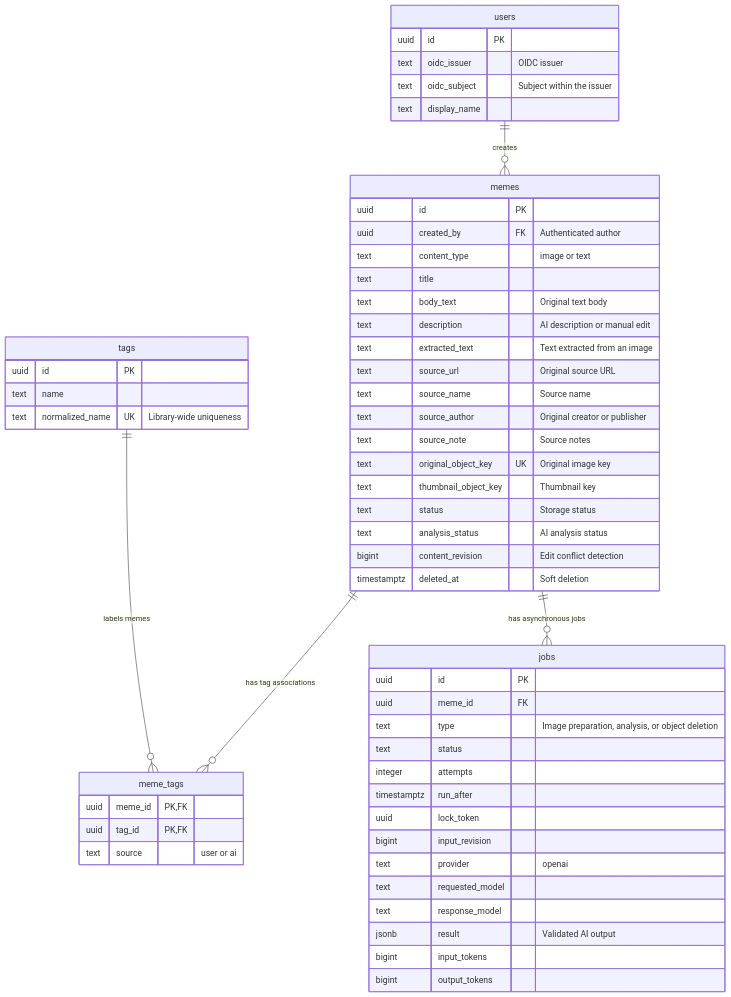
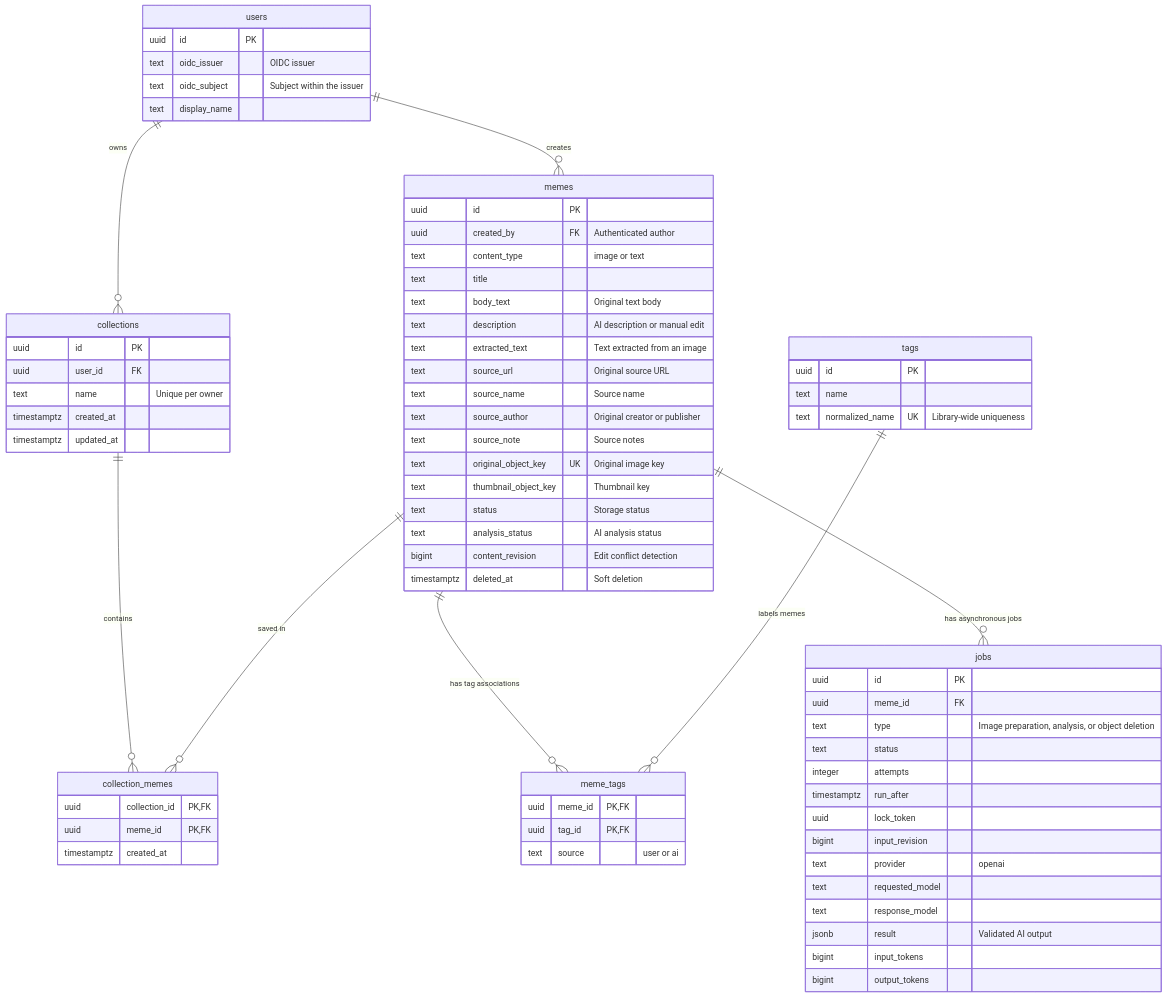
The diagram in DB_SCHEMA.md (csnewcs/memehub), drawn with Mermaid before and after one commit. The commit also changed other lines of this file and 23 other files, not shown here.

Commit message:
feat: add private meme collections

````diff
--- a/DB_SCHEMA.md
+++ b/DB_SCHEMA.md
@@ -18,63 +26,80 @@
 ```mermaid
 erDiagram
     users ||--o{ memes : "creates"
+    users ||--o{ collections : "owns"
+    collections ||--o{ collection_memes : "contains"
+    memes ||--o{ collection_memes : "saved in"
     memes ||--o{ meme_tags : "has tag associations"
     tags ||--o{ meme_tags : "labels memes"
     memes ||--o{ jobs : "has asynchronous jobs"
 
     users {
         uuid id PK
         text oidc_issuer "OIDC issuer"
         text oidc_subject "Subject within the issuer"
         text display_name
+    }
+
+    collections {
+        uuid id PK
+        uuid user_id FK
+        text name "Unique per owner"
+        timestamptz created_at
+        timestamptz updated_at
+    }
+
+    collection_memes {
+        uuid collection_id PK, FK
+        uuid meme_id PK, FK
+        timestamptz created_at
     }
 
     memes {
         uuid id PK
         uuid created_by FK "Authenticated author"
         text content_type "image or text"
         text title
         text body_text "Original text body"
         text description "AI description or manual edit"
         text extracted_text "Text extracted from an image"
         text source_url "Original source URL"
         text source_name "Source name"
         text source_author "Original creator or publisher"
         text source_note "Source notes"
         text original_object_key UK "Original image key"
         text thumbnail_object_key "Thumbnail key"
         text status "Storage status"
         text analysis_status "AI analysis status"
         bigint content_revision "Edit conflict detection"
         timestamptz deleted_at "Soft deletion"
     }
 
     tags {
         uuid id PK
         text name
         text normalized_name UK "Library-wide uniqueness"
     }
 
     meme_tags {
         uuid meme_id PK, FK
         uuid tag_id PK, FK
         text source "user or ai"
     }
 
     jobs {
         uuid id PK
         uuid meme_id FK
         text type "Image preparation, analysis, or object deletion"
         text status
         integer attempts
         timestamptz run_after
         uuid lock_token
         bigint input_revision
         text provider "openai"
         text requested_model
         text response_model
         jsonb result "Validated AI output"
         bigint input_tokens
         bigint output_tokens
     }
 ```
````
